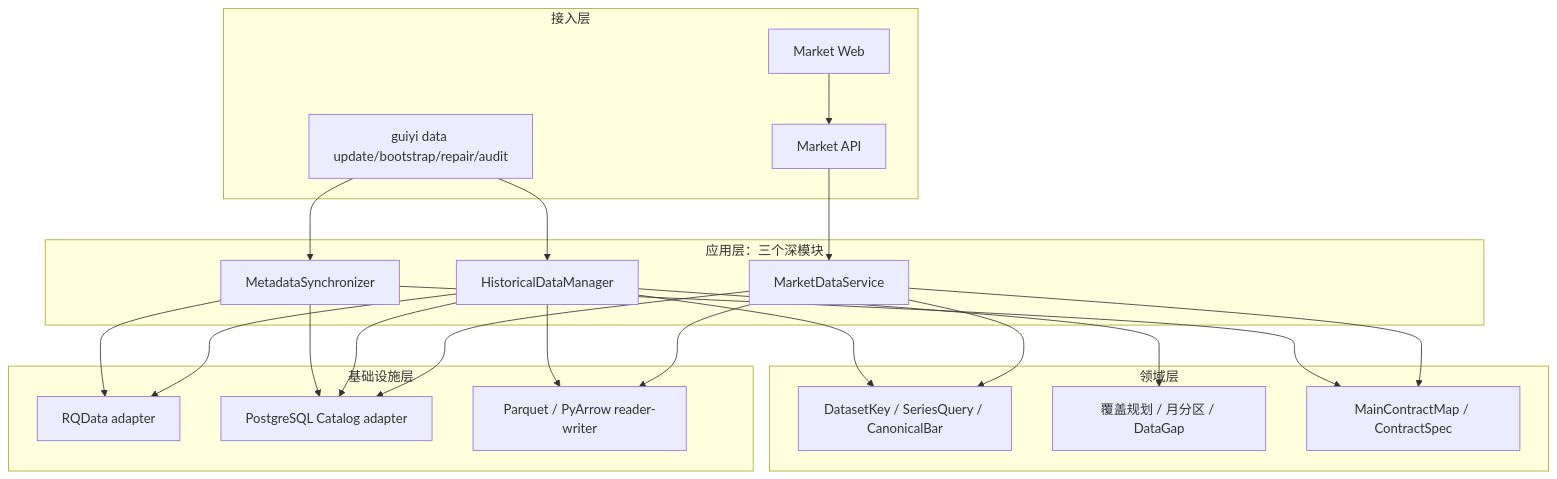
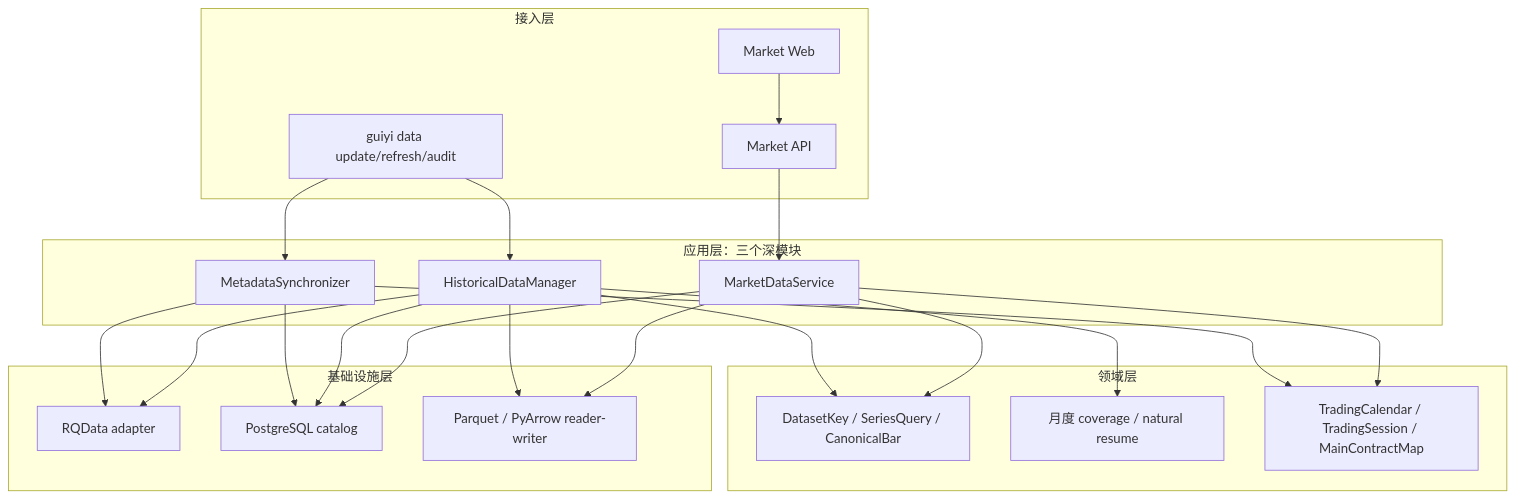
The first of 2 diagrams in docs/ARCHITECTURE.md (firehell/guiyi-quant-workstation), drawn with Mermaid before and after one commit. The commit also changed other lines of this file and 14 other files, not shown here.

Commit message:
docs(data): reset canonical foundation contract

````diff
--- a/docs/ARCHITECTURE.md
+++ b/docs/ARCHITECTURE.md
@@ -13,38 +12,38 @@
 ```mermaid
 flowchart TB
     subgraph Access["接入层"]
       WEB["Market Web"]
       API["Market API"]
-      CLI["guiyi data update/bootstrap/repair/audit"]
+      CLI["guiyi data update/refresh/audit"]
     end
     subgraph Application["应用层：三个深模块"]
       MS["MetadataSynchronizer"]
       HM["HistoricalDataManager"]
       MQ["MarketDataService"]
     end
     subgraph Domain["领域层"]
       DK["DatasetKey / SeriesQuery / CanonicalBar"]
-      CP["覆盖规划 / 月分区 / DataGap"]
-      MM["MainContractMap / ContractSpec"]
+      CP["月度 coverage / natural resume"]
+      MM["TradingCalendar / TradingSession / MainContractMap"]
     end
     subgraph Infra["基础设施层"]
       RQ["RQData adapter"]
-      PG["PostgreSQL Catalog adapter"]
+      PG["PostgreSQL catalog"]
       PQ["Parquet / PyArrow reader-writer"]
     end
     WEB --> API --> MQ
     CLI --> MS
     CLI --> HM
     MS --> MM
     HM --> DK
     HM --> CP
     MQ --> DK
     MQ --> MM
     MS --> RQ
     MS --> PG
     HM --> RQ
     HM --> PG
     HM --> PQ
     MQ --> PG
     MQ --> PQ
 ```
````
